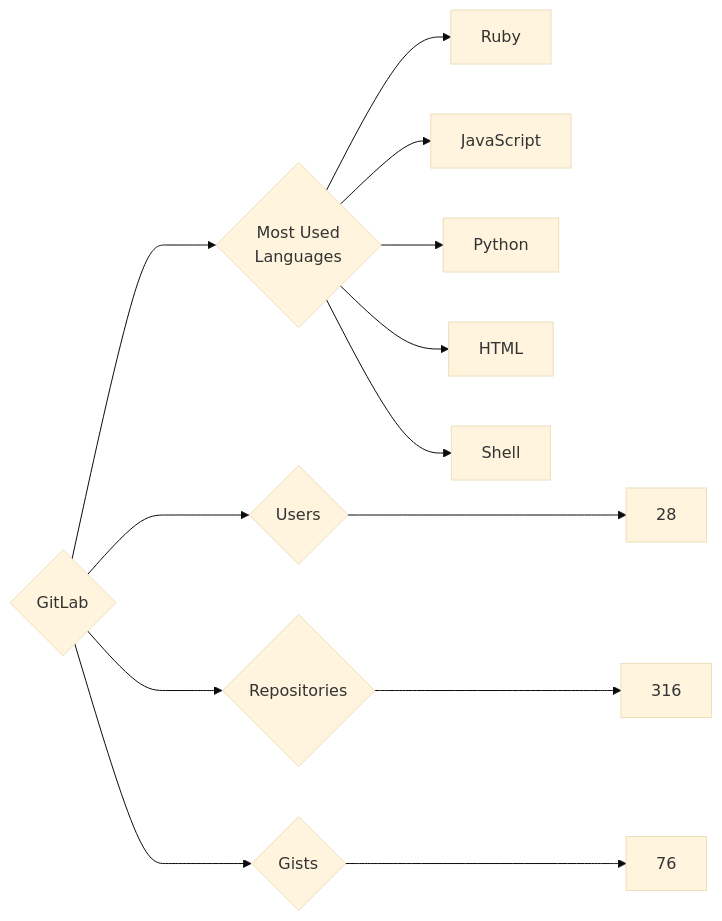
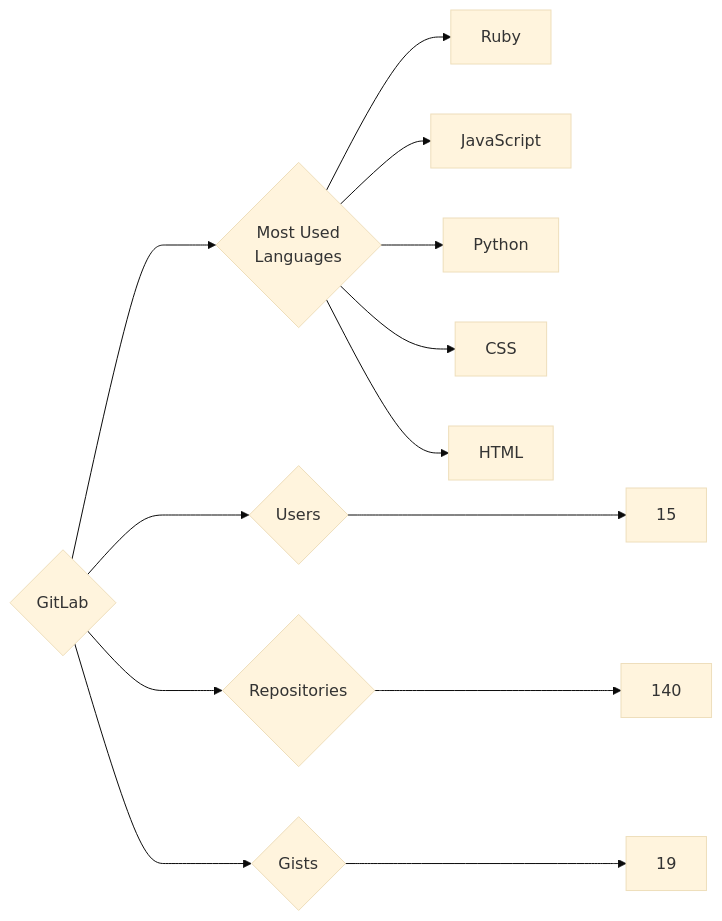
The diagram in targets/GitLab/README.md (trickest/insiders), drawn with Mermaid (base theme) before and after one commit. The commit also changed 932 other files, not shown here.

````diff
--- a/targets/GitLab/README.md
+++ b/targets/GitLab/README.md
@@ -3,13 +3,13 @@
 ```mermaid
 graph LR
 COMPANY_NAME{GitLab}
-COMPANY_NAME ---> U{Users} ---> UN[28]
-COMPANY_NAME ---> R{Repositories} ---> RN[316]
-COMPANY_NAME ---> G{Gists} ---> GN[76]
+COMPANY_NAME ---> U{Users} ---> UN[15]
+COMPANY_NAME ---> R{Repositories} ---> RN[140]
+COMPANY_NAME ---> G{Gists} ---> GN[19]
 COMPANY_NAME ---> ML{Most Used<br>Languages}
 ML --> Ruby[Ruby]
 ML --> JavaScript[JavaScript]
 ML --> Python[Python]
+ML --> CSS[CSS]
 ML --> HTML[HTML]
-ML --> Shell[Shell]
 ```
````
